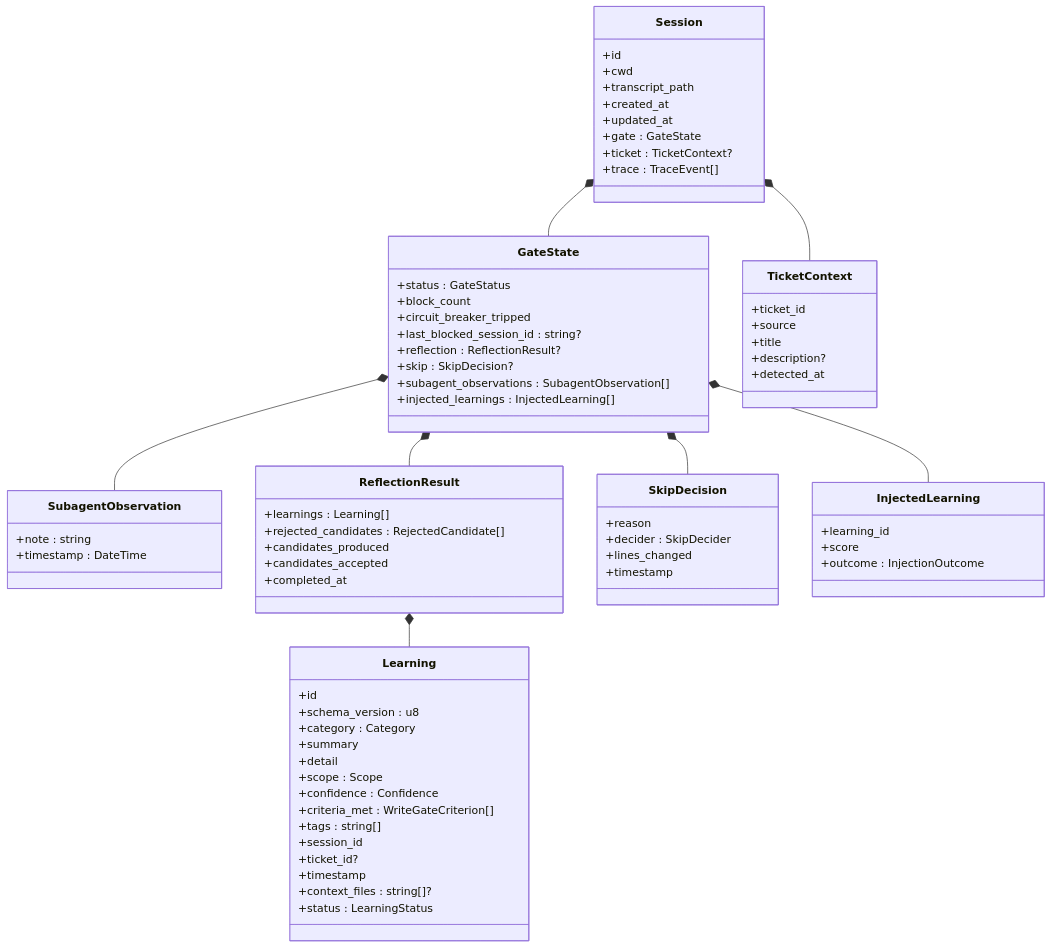
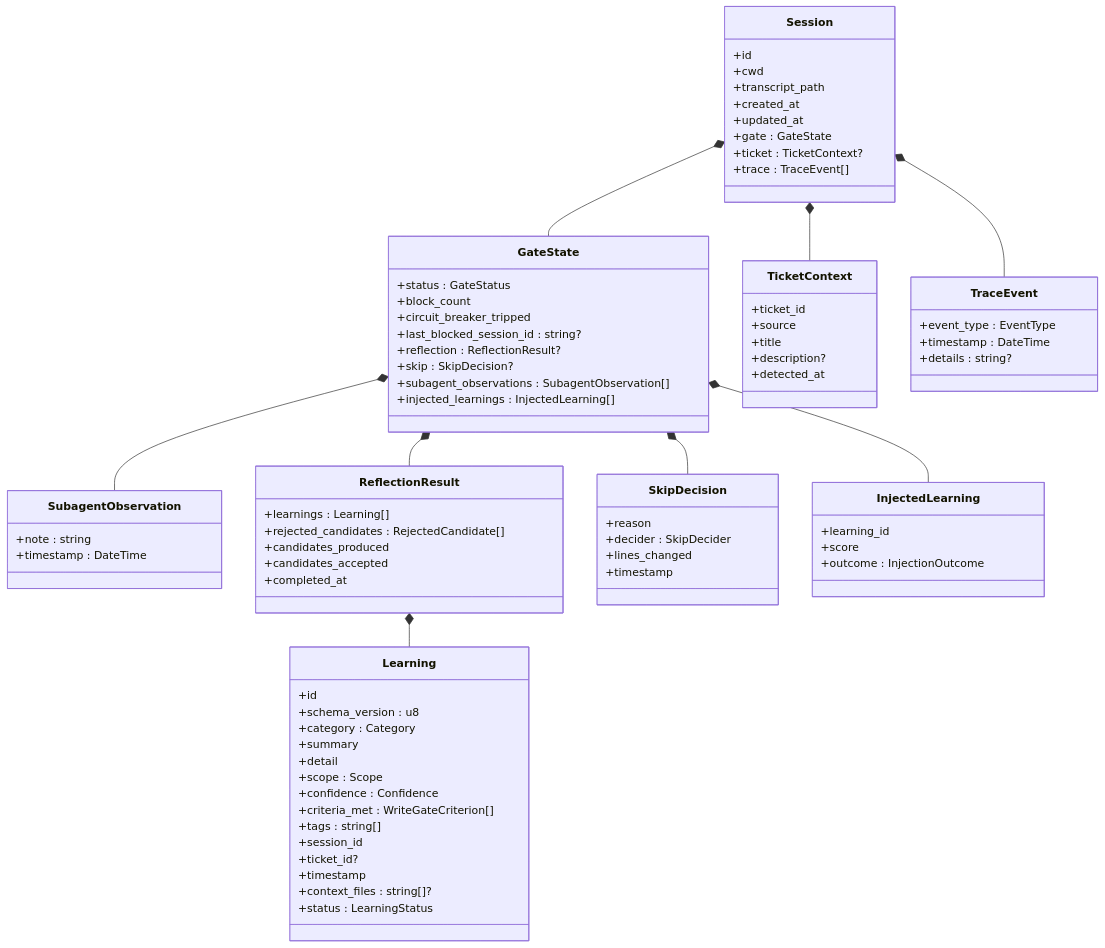
One commit to bivory/grove changed the second of 14 diagrams in design/01-architecture.md. Above: the diagram before and after it, drawn with Mermaid. The commit also changed other lines of this file and 47 other files, not shown here.

```diff
--- a/design/01-architecture.md
+++ b/design/01-architecture.md
@@ -120,6 +120,12 @@
         +status : LearningStatus
     }
 
+    class TraceEvent {
+        +event_type : EventType
+        +timestamp : DateTime
+        +details : string?
+    }
+
     class SkipDecision {
         +reason
         +decider : SkipDecider
@@ -135,6 +141,7 @@
 
     Session *-- GateState
     Session *-- TicketContext
+    Session *-- TraceEvent
     GateState *-- ReflectionResult
     GateState *-- SkipDecision
     GateState *-- InjectedLearning
```
